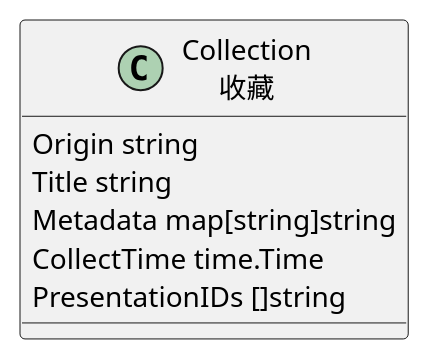
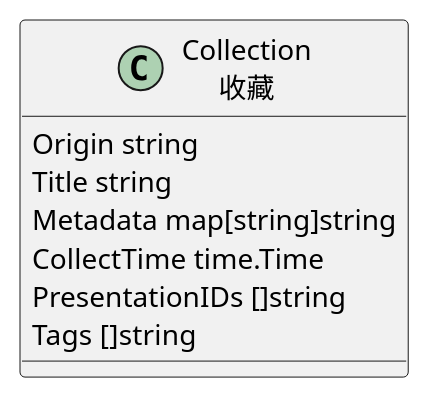
One commit to WuLiFang/csheet changed the diagram in docs/server/models/collection.rst. Above: the diagram before and after it, drawn with PlantUML. The commit also changed other lines of this file and 83 other files, not shown here.

```diff
--- a/docs/server/models/collection.rst
+++ b/docs/server/models/collection.rst
@@ -5,9 +5,10 @@
 .. uml::
 
   class "Collection\n收藏" as Collection {
     Origin string
     Title string
     Metadata map[string]string
     CollectTime time.Time
     PresentationIDs []string
+    Tags []string
   }
```
